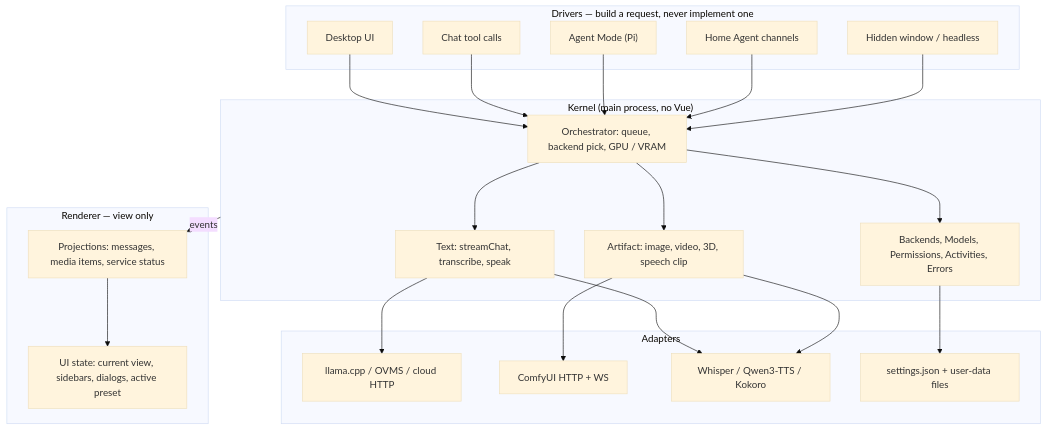
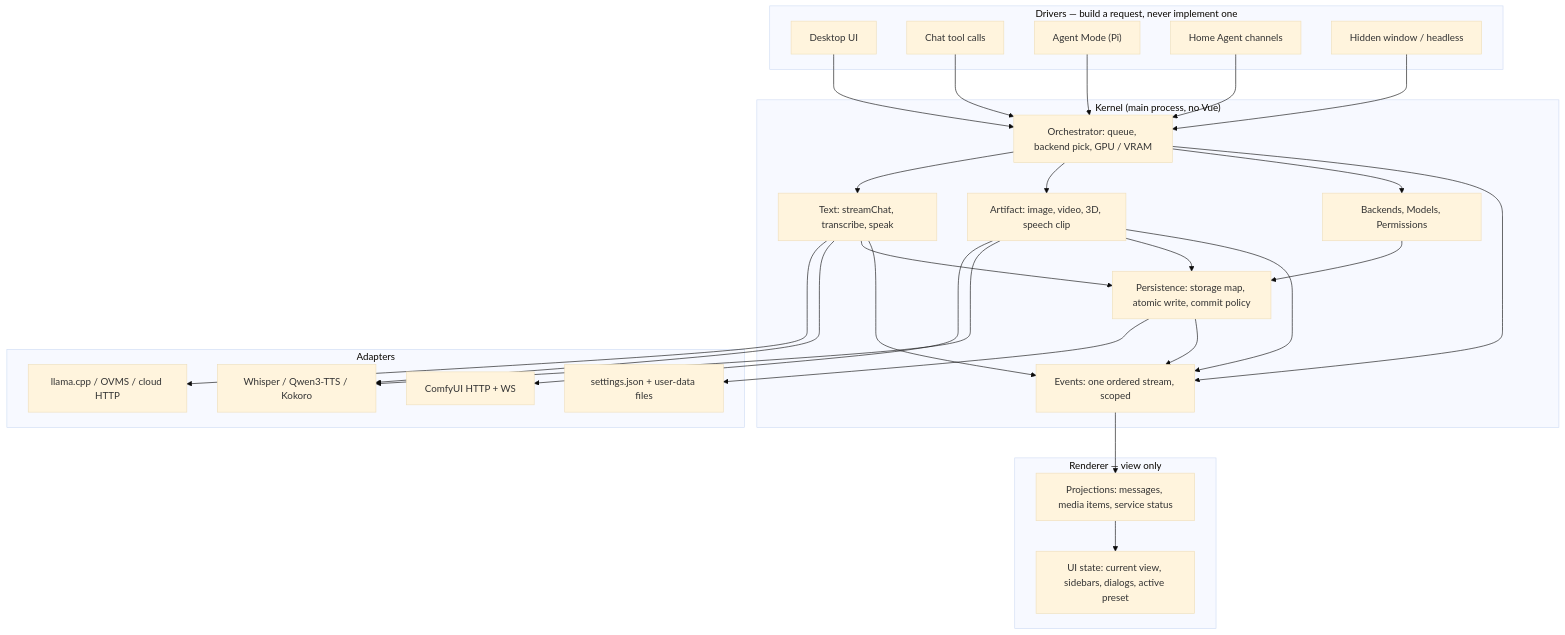
Before and after one commit to TNG/AI-Playground: the second of 6 diagrams in docs/architecture-target.md, drawn with Mermaid (base theme). The commit also changed other lines of this file and 1 other file, not shown here.

First line of the commit message:
docs: give persistence an owner and fix the event stream

````diff
--- a/docs/architecture-target.md
+++ b/docs/architecture-target.md
@@ -113,48 +114,58 @@
 ```mermaid
 flowchart TD
   subgraph drivers["Drivers — build a request, never implement one"]
     ui["Desktop UI"]
     chatTools["Chat tool calls"]
     agent["Agent Mode (Pi)"]
     ha["Home Agent channels"]
     hidden["Hidden window / headless"]
   end
 
   subgraph kernel["Kernel (main process, no Vue)"]
     orch["Orchestrator: queue, backend pick, GPU / VRAM"]
     text["Text: streamChat, transcribe, speak"]
     artifact["Artifact: image, video, 3D, speech clip"]
-    support["Backends, Models, Permissions, Activities, Errors"]
+    support["Backends, Models, Permissions"]
+    persist["Persistence: storage map, atomic write, commit policy"]
+    bus["Events: one ordered stream, scoped"]
   end
 
   subgraph adapters["Adapters"]
     inference["llama.cpp / OVMS / cloud HTTP"]
     comfy["ComfyUI HTTP + WS"]
     speech["Whisper / Qwen3-TTS / Kokoro"]
     store["settings.json + user-data files"]
   end
 
   subgraph view["Renderer — view only"]
     projection["Projections: messages, media items, service status"]
     uiState2["UI state: current view, sidebars, dialogs, active preset"]
   end
 
   ui --> orch
   chatTools --> orch
   agent --> orch
   ha --> orch
   hidden --> orch
 
   orch --> text
   orch --> artifact
   orch --> support
 
   text --> inference
   text --> speech
   artifact --> comfy
   artifact --> speech
-  support --> store
 
-  kernel -->|"events"| projection
+  text --> persist
+  artifact --> persist
+  support --> persist
+  persist --> store
+
+  orch --> bus
+  text --> bus
+  artifact --> bus
+  persist --> bus
+  bus --> projection
   projection --> uiState2
 ```
````
